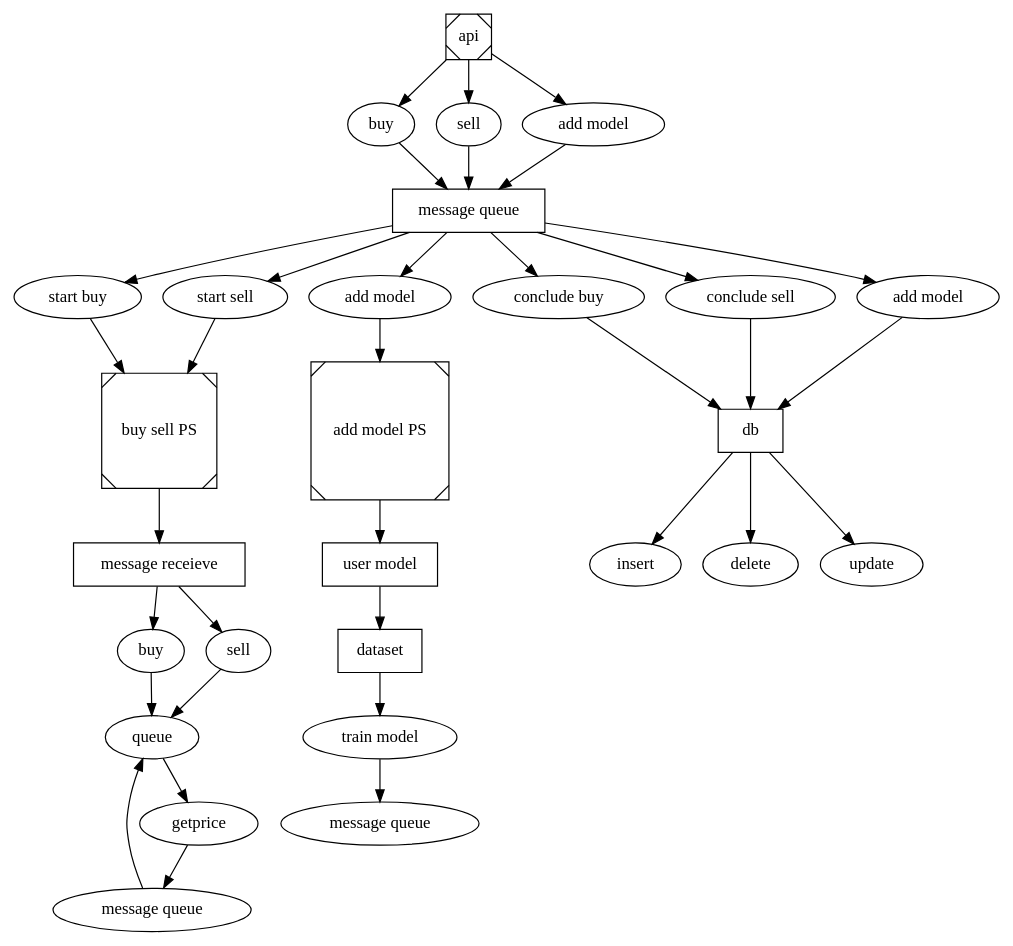
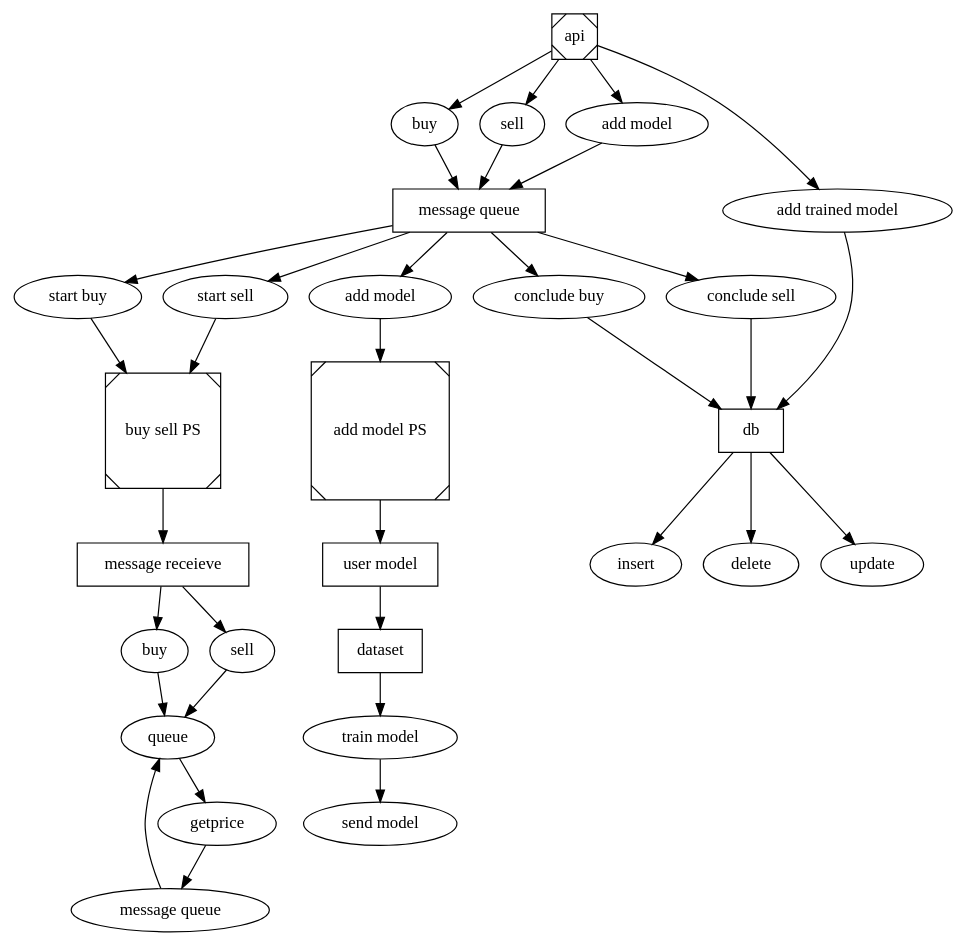
The diagram in ps.dot (SnowyPainter/partial-alpha), drawn with Graphviz before and after one commit.

Commit message:
Update ps.dot
I don't know it really works

```diff
--- a/ps.dot
+++ b/ps.dot
@@ -1,41 +1,42 @@
 digraph D {
     splines="TRUE";
     
     subgraph backtester {
         db [shape="squre"]
         api [shape="Msquare"]
         req_buy [label="buy"]
         req_sell [label="sell"]
         req_add_model [label="add model"]
         mq_buy [label="start buy"]
         mq_sell [label="start sell"]
         mq_add_model [label="add model"]
         msgq [label="message queue", shape="rect"]
         api->{req_buy, req_sell, req_add_model} -> msgq
 
         subgraph mq_recv {
             mq_ccbuy [label="conclude buy"]
             mq_ccsell [label="conclude sell"]
-            mq_addmdl [label="add model"]
+            mq_addmdl [label="add trained model"]
             msgq->{mq_add_model}->admdlp
             msgq->{mq_buy, mq_sell}->bsp
-            msgq->{mq_ccbuy, mq_ccsell, mq_addmdl}->db->{insert, delete, update}
+            api->mq_addmdl->db 
+            msgq->{mq_ccbuy, mq_ccsell}->db->{insert, delete, update}
         }
     }
 
     subgraph buysell_queue {
         bsp [label="buy sell PS", shape=Msquare]
         bsp_mq [label="message receieve", shape=rect]
         msgq2 [label="message queue"]
         bsp->bsp_mq
         bsp_mq->{buy, sell}->queue->getprice->msgq2->queue
     }
 
     subgraph addmodel {
         admdlp [label="add model PS", shape=Msquare]
         mdlfactor [label="user model", shape=rect]
         dataset [label="dataset", shape=rect]
         train [label="train model"]
-        admdlp->mdlfactor->dataset->train->"message queue"
+        admdlp->mdlfactor->dataset->train->"send model"
     }
 }
```
